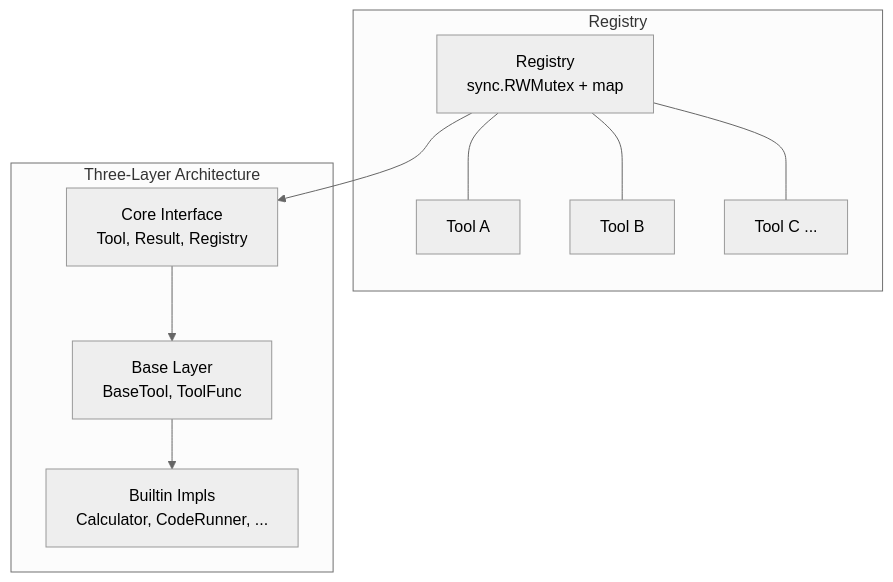
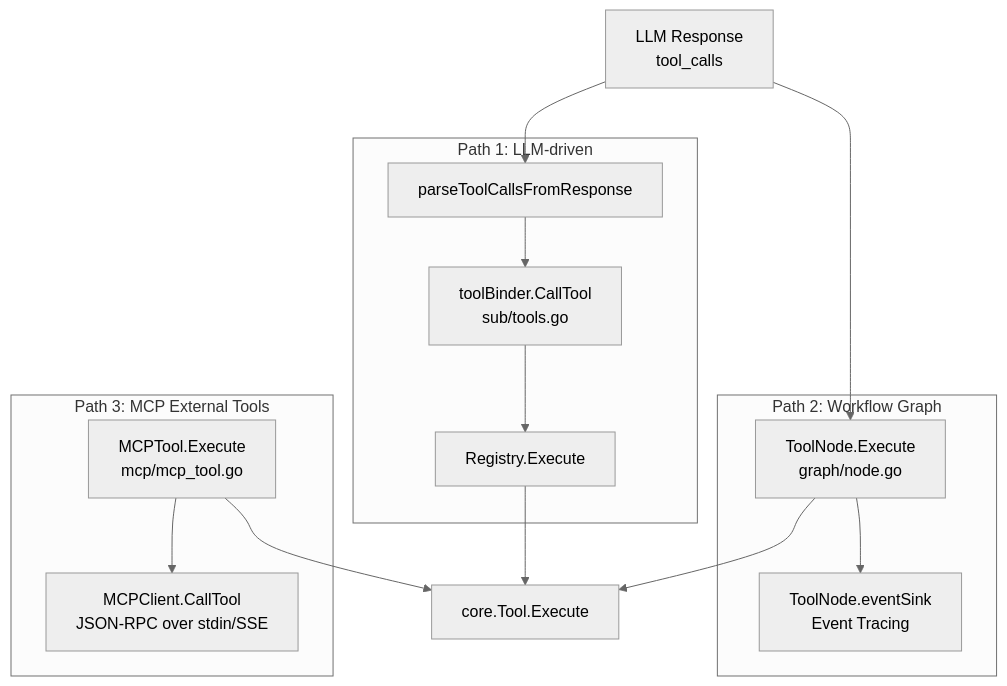
The first of 2 diagrams in docs/articles/en/tool-system-deep-dive.md (Timwood0x10/ARES), drawn with Mermaid (neutral theme) before and after one commit. The commit also changed other lines of this file and 31 other files, not shown here.

````diff
--- a/docs/articles/en/tool-system-deep-dive.md
+++ b/docs/articles/en/tool-system-deep-dive.md
@@ -24,20 +11,23 @@
 ```mermaid
 graph TB
-    subgraph "Registry"
-        REG[Registry<br/>sync.RWMutex + map]
-        T1[Tool A]
-        T2[Tool B]
-        TN[Tool C ...]
-        REG --- T1
-        REG --- T2
-        REG --- TN
+    LLM[LLM Response<br/>tool_calls]
+    subgraph "Path 1: LLM-driven"
+        P1A[parseToolCallsFromResponse]
+        P1B[toolBinder.CallTool<br/>sub/tools.go]
+        P1C[Registry.Execute]
     end
-    subgraph "Three-Layer Architecture"
-        CI[Core Interface<br/>Tool, Result, Registry]
-        BL[Base Layer<br/>BaseTool, ToolFunc]
-        BI[Builtin Impls<br/>Calculator, CodeRunner, ...]
+    subgraph "Path 2: Workflow Graph"
+        P2A[ToolNode.Execute<br/>graph/node.go]
+        P2B[ToolNode.eventSink<br/>Event Tracing]
     end
-    REG --> CI
-    CI --> BL
-    BL --> BI
+    subgraph "Path 3: MCP External Tools"
+        P3A[MCPTool.Execute<br/>mcp/mcp_tool.go]
+        P3B[MCPClient.CallTool<br/>JSON-RPC over stdin/SSE]
+    end
+    LLM --> P1A --> P1B --> P1C
+    LLM --> P2A --> P2B
+    P3A --> P3B
+    P1C --> TOOL[core.Tool.Execute]
+    P2A --> TOOL
+    P3A --> TOOL
 ```
````
